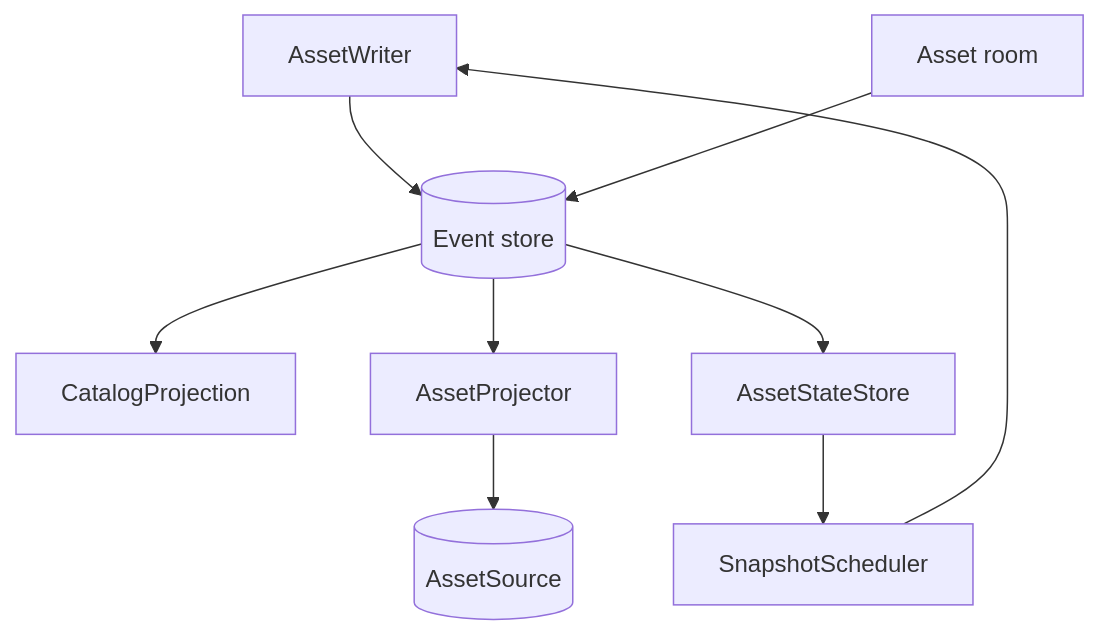
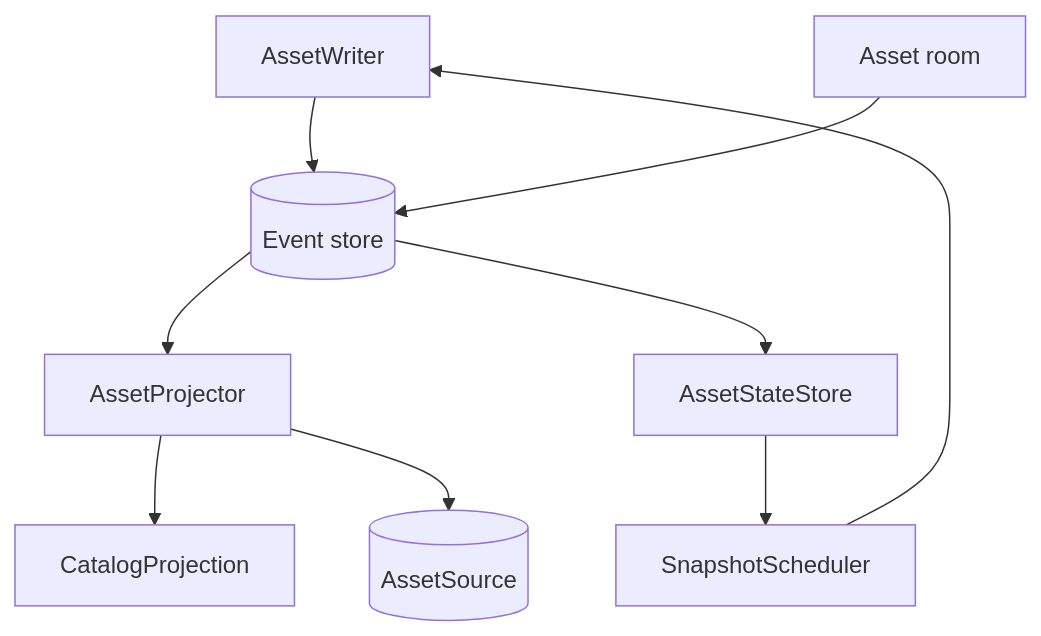
The first of 2 diagrams in packages/asset-server/architecture/EventsAndProjections.md (JollyPixel/editor), drawn with Mermaid before and after one commit. The commit also changed other lines of this file and 91 other files, not shown here.

````diff
--- a/packages/asset-server/architecture/EventsAndProjections.md
+++ b/packages/asset-server/architecture/EventsAndProjections.md
@@ -7,11 +7,11 @@
 ```mermaid
 flowchart TB
     Writer["AssetWriter"] --> Store[("Event store")]
     Room["Asset room"] --> Store
-    Store --> Catalog["CatalogProjection"]
     Store --> Projector["AssetProjector"]
+    Projector --> Catalog["CatalogProjection"]
     Store --> State["AssetStateStore"]
     Projector --> Source[("AssetSource")]
     State --> Scheduler["SnapshotScheduler"]
     Scheduler --> Writer
 ```
````
